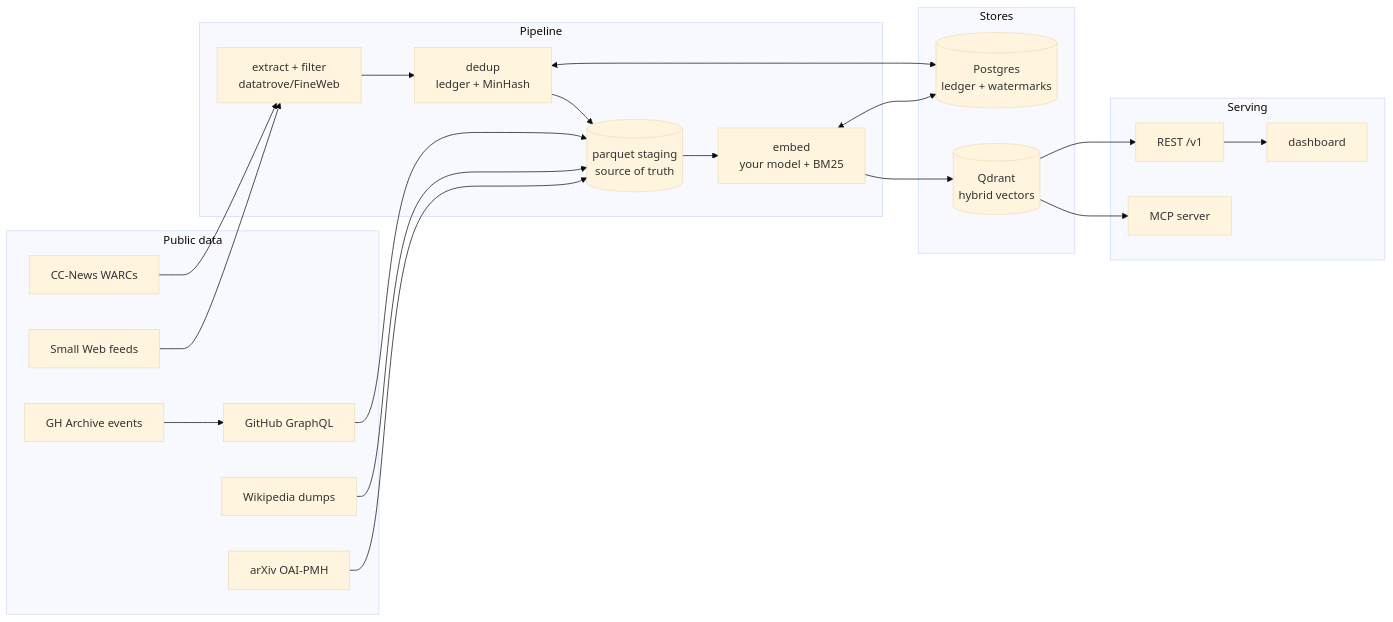
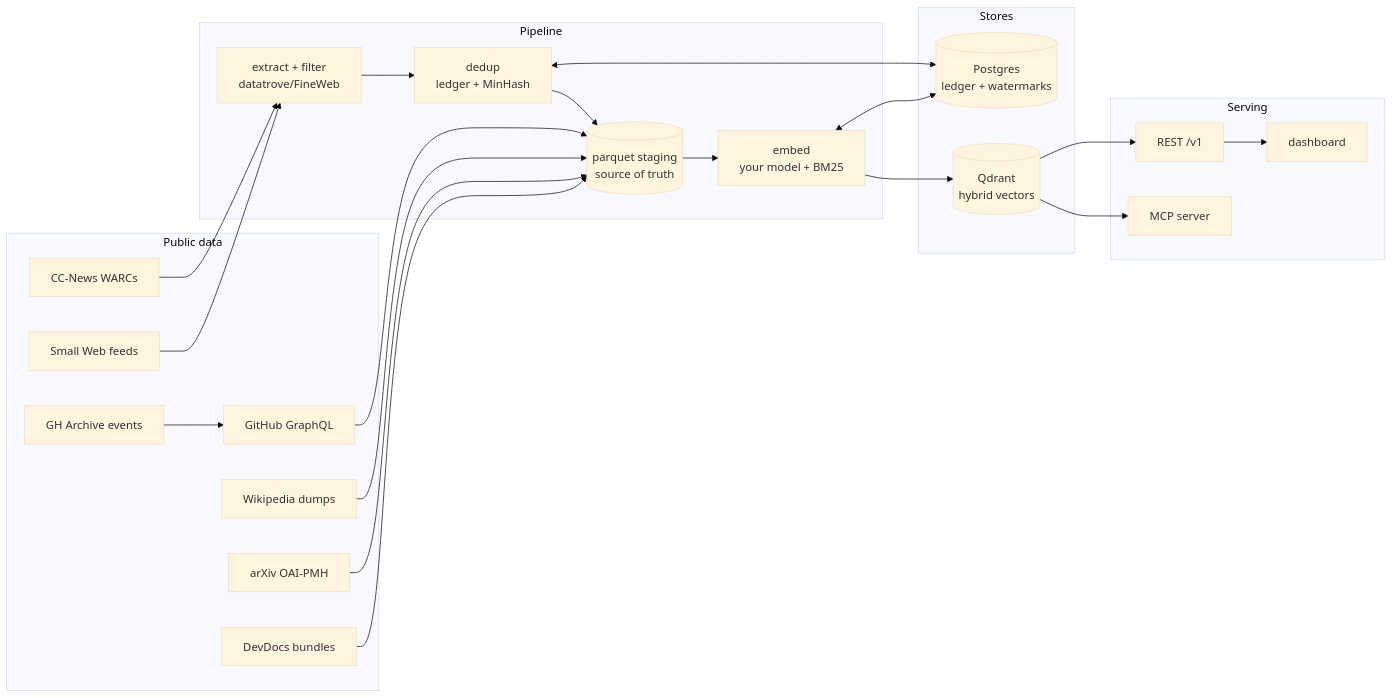
The diagram in README.md (stevemurr/windex), drawn with Mermaid (base theme) before and after one commit. The commit also changed other lines of this file and 23 other files, not shown here.

````diff
--- a/README.md
+++ b/README.md
@@ -53,35 +62,37 @@
 ```mermaid
 flowchart LR
     subgraph sources [Public data]
         CC[CC-News WARCs]
         GHA[GH Archive events]
         GH[GitHub GraphQL]
         WK[Wikipedia dumps]
         AX[arXiv OAI-PMH]
         SW[Small Web feeds]
+        DV[DevDocs bundles]
     end
     subgraph pipeline [Pipeline]
         EX[extract + filter<br/>datatrove/FineWeb]
         DD[dedup<br/>ledger + MinHash]
         PQ[(parquet staging<br/>source of truth)]
         EM[embed<br/>your model + BM25]
     end
     subgraph stores [Stores]
         PG[(Postgres<br/>ledger + watermarks)]
         QD[(Qdrant<br/>hybrid vectors)]
     end
     subgraph serving [Serving]
         API[REST /v1]
         MCP[MCP server]
         DASH[dashboard]
     end
     CC --> EX --> DD --> PQ --> EM --> QD
     GHA --> GH --> PQ
     WK --> PQ
     AX --> PQ
     SW --> EX
+    DV --> PQ
     DD <--> PG
     EM <--> PG
     QD --> API --> DASH
     QD --> MCP
 ```
````
